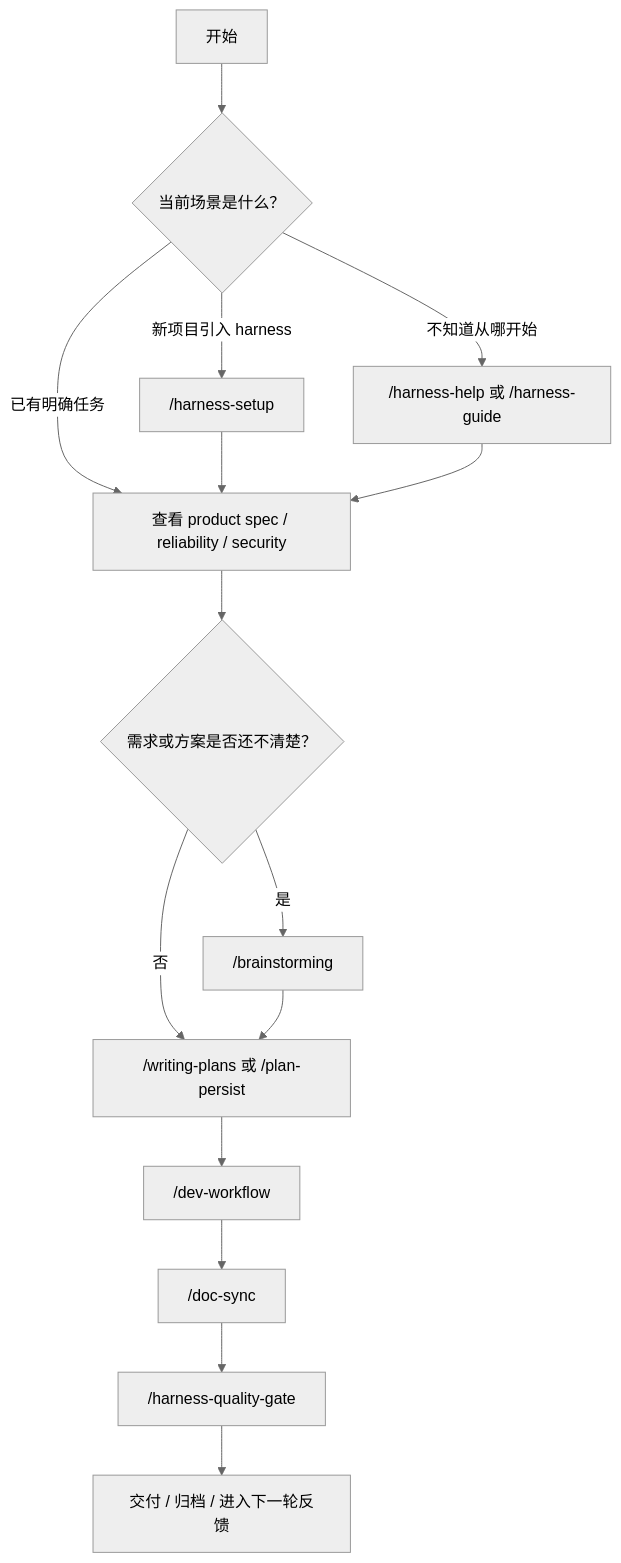
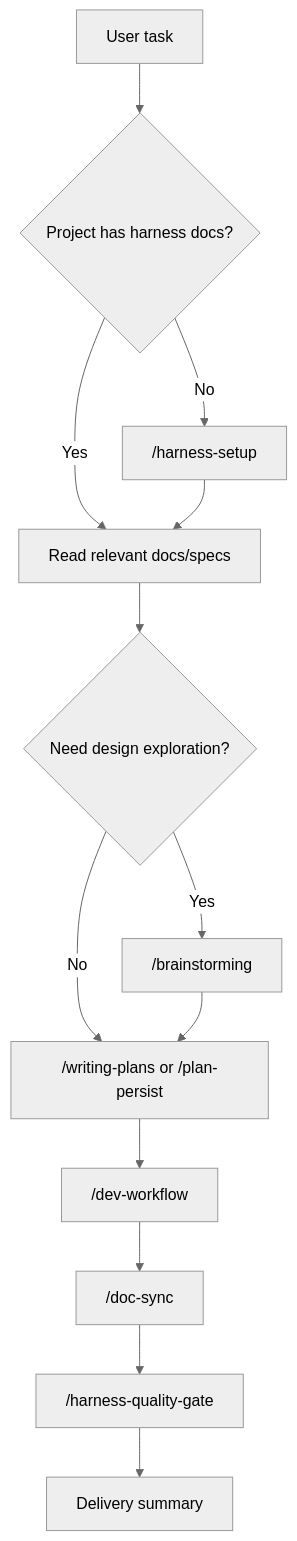
The diagram in docs/guides/project-overview.md (HumbleMaxiu/cc-harness), drawn with Mermaid (neutral theme) before and after one commit. The commit also changed other lines of this file and 352 other files, not shown here.

````diff
--- a/docs/guides/project-overview.md
+++ b/docs/guides/project-overview.md
@@ -60,17 +48,15 @@
 ```mermaid
 flowchart TD
-    Start["开始"] --> Need{"当前场景是什么？"}
-    Need -->|新项目引入 harness| Setup["/harness-setup"]
-    Need -->|不知道从哪开始| Guide["/harness-help 或 /harness-guide"]
-    Need -->|已有明确任务| Spec["查看 product spec / reliability / security"]
-    Setup --> Spec
-    Guide --> Spec
-    Spec --> Explore{"需求或方案是否还不清楚？"}
-    Explore -->|是| Brain["/brainstorming"]
-    Explore -->|否| Plan["/writing-plans 或 /plan-persist"]
+    Start["User task"] --> Setup{"Project has harness docs?"}
+    Setup -->|No| HarnessSetup["/harness-setup"]
+    Setup -->|Yes| Scope["Read relevant docs/specs"]
+    HarnessSetup --> Scope
+    Scope --> Explore{"Need design exploration?"}
+    Explore -->|Yes| Brain["/brainstorming"]
+    Explore -->|No| Plan["/writing-plans or /plan-persist"]
     Brain --> Plan
-    Plan --> Execute["/dev-workflow"]
-    Execute --> Sync["/doc-sync"]
+    Plan --> Dev["/dev-workflow"]
+    Dev --> Sync["/doc-sync"]
     Sync --> Gate["/harness-quality-gate"]
-    Gate --> Done["交付 / 归档 / 进入下一轮反馈"]
+    Gate --> Done["Delivery summary"]
 ```
````
